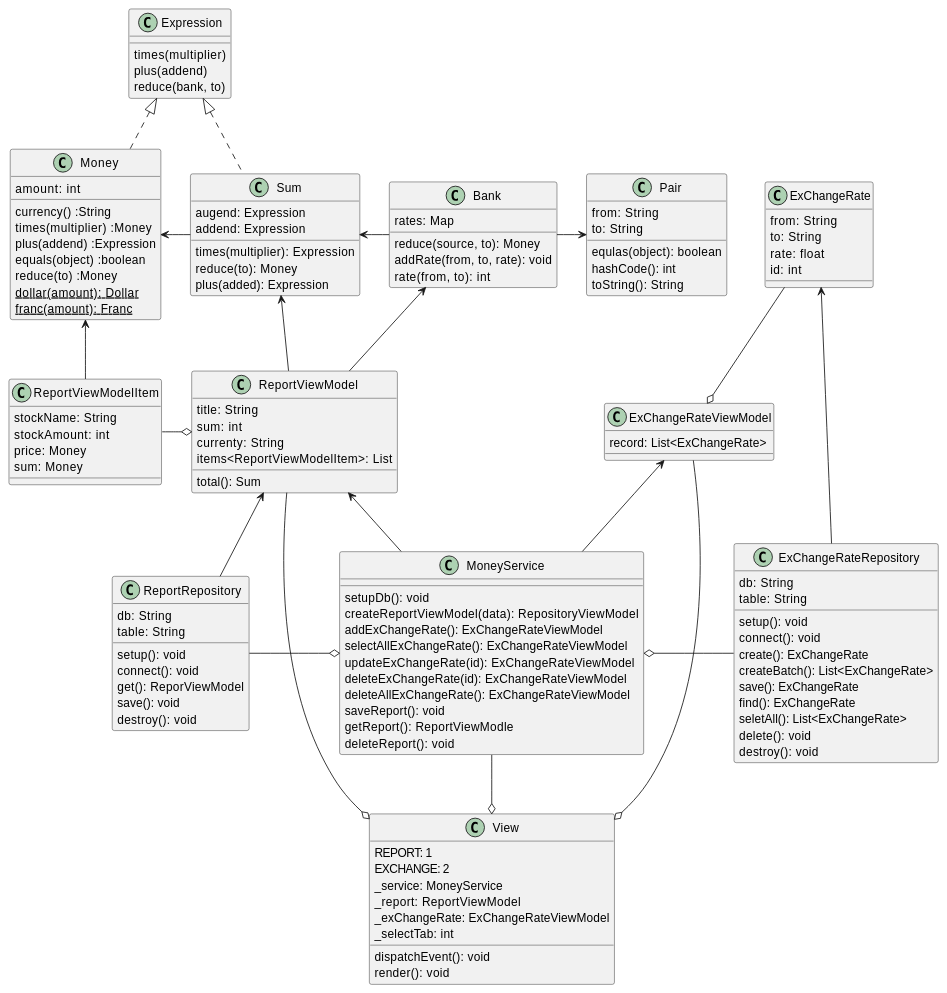
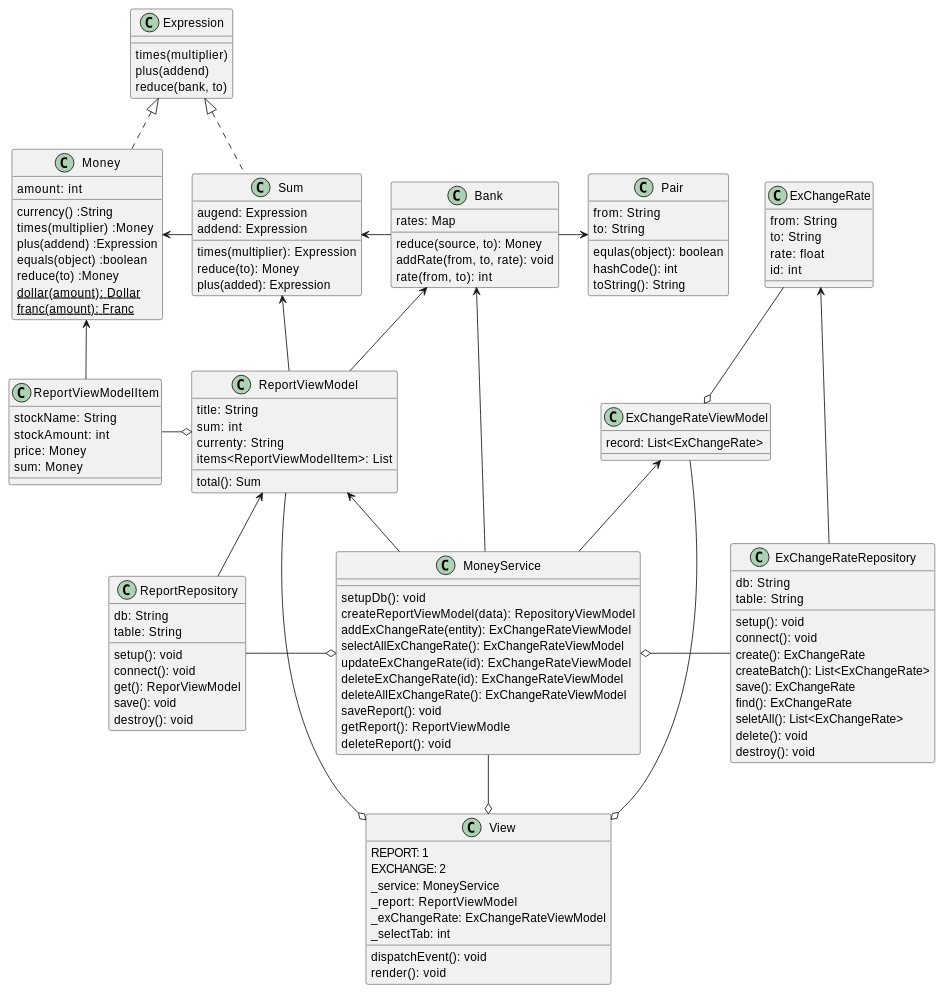
Before and after one commit to hiroshima-arc/pragmatic_programing: the diagram in docs/src/spec/the_money_example.adoc, drawn with PlantUML. The commit also changed other lines of this file and 3 other files, not shown here.

```diff
--- a/docs/src/spec/the_money_example.adoc
+++ b/docs/src/spec/the_money_example.adoc
@@ -135,7 +136,7 @@
 class MoneyService {
   setupDb(): void
   createReportViewModel(data): RepositoryViewModel
-  addExChangeRate(): ExChangeRateViewModel
+  addExChangeRate(entity): ExChangeRateViewModel
   selectAllExChangeRate(): ExChangeRateViewModel
   updateExChangeRate(id):  ExChangeRateViewModel
   deleteExChangeRate(id): ExChangeRateViewModel
@@ -192,6 +193,7 @@
 MoneyService o- ExChangeRateRepository
 ReportViewModelItem -o ReportViewModel
 ReportViewModel <-- MoneyService
+Bank <-- MoneyService
 MoneyService --o View
 ReportViewModel --o View
 ExChangeRateViewModel --o View
```
